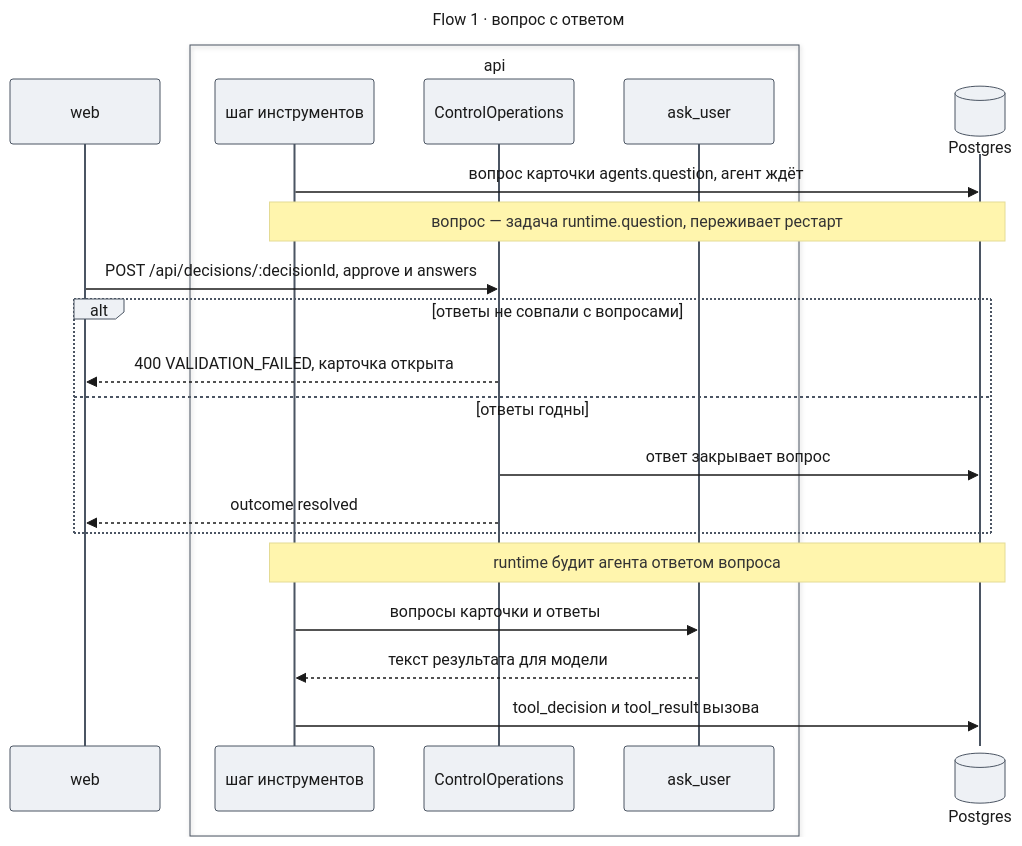
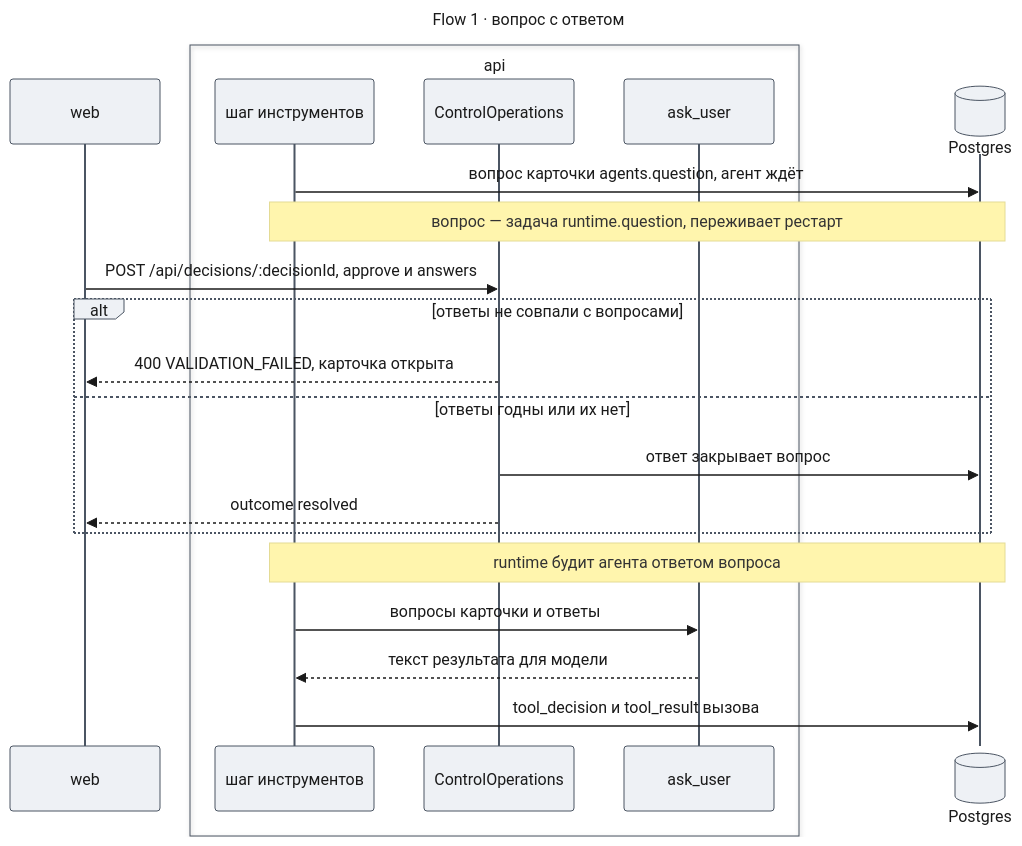
The third of 6 diagrams in docs/features/agent-guidance/design-server.md (tundraray/agent-os), drawn with Mermaid before and after one commit. The commit also changed other lines of this file and 2 other files, not shown here.

````diff
--- a/docs/features/agent-guidance/design-server.md
+++ b/docs/features/agent-guidance/design-server.md
@@ -272,45 +277,45 @@
 ```mermaid
 ---
 title: "Flow 1 · вопрос с ответом"
 config:
   theme: base
   look: classic
   themeVariables:
     primaryColor: "#eef1f5"
     primaryBorderColor: "#4b5563"
     primaryTextColor: "#1a1a1a"
     lineColor: "#6b7280"
   themeCSS: |
     @keyframes lit_f1{0%,11.3%{stroke:#991b1b;stroke-width:6px}12.5%,100%{stroke:#37474f;stroke-width:2px}}
     @keyframes litr_f1{0%,11.3%{stroke:#1d4ed8;stroke-width:6px}12.5%,100%{stroke:#37474f;stroke-width:2px}}
     .messageLine0[data-id='i0'],.messageLine1[data-id='i0']{animation:lit_f1 9.6s linear 0s infinite}
     .messageLine0[data-id='i2'],.messageLine1[data-id='i2']{animation:lit_f1 9.6s linear 1.2s infinite}
     .messageLine0[data-id='i4'],.messageLine1[data-id='i4']{animation:litr_f1 9.6s linear 2.4s infinite}
     .messageLine0[data-id='i6'],.messageLine1[data-id='i6']{animation:lit_f1 9.6s linear 3.6s infinite}
     .messageLine0[data-id='i7'],.messageLine1[data-id='i7']{animation:litr_f1 9.6s linear 4.8s infinite}
     .messageLine0[data-id='i10'],.messageLine1[data-id='i10']{animation:lit_f1 9.6s linear 6s infinite}
     .messageLine0[data-id='i11'],.messageLine1[data-id='i11']{animation:litr_f1 9.6s linear 7.2s infinite}
     .messageLine0[data-id='i12'],.messageLine1[data-id='i12']{animation:lit_f1 9.6s linear 8.4s infinite}
 ---
 sequenceDiagram
     participant Web as web
     box api
         participant Step as шаг инструментов
         participant Ctl as ControlOperations
         participant Ask as ask_user
     end
     participant DB@{ "type": "database" } as Postgres
     Step->>DB: вопрос карточки agents.question, агент ждёт
     Note over Step,DB: вопрос — задача runtime.question, переживает рестарт
     Web->>Ctl: POST /api/decisions/:decisionId, approve и answers
     alt ответы не совпали с вопросами
         Ctl-->>Web: 400 VALIDATION_FAILED, карточка открыта
-    else ответы годны
+    else ответы годны или их нет
         Ctl->>DB: ответ закрывает вопрос
         Ctl-->>Web: outcome resolved
     end
     Note over Step,DB: runtime будит агента ответом вопроса
     Step->>Ask: вопросы карточки и ответы
     Ask-->>Step: текст результата для модели
     Step->>DB: tool_decision и tool_result вызова
 ```
````
